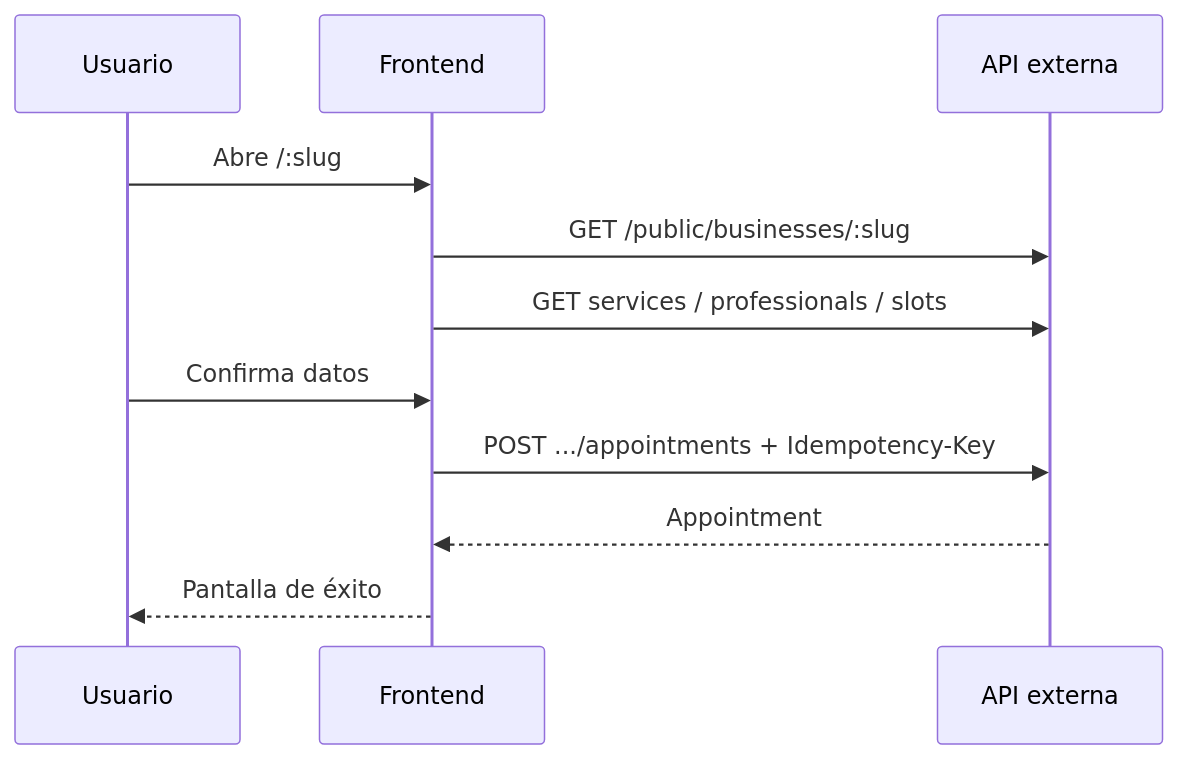
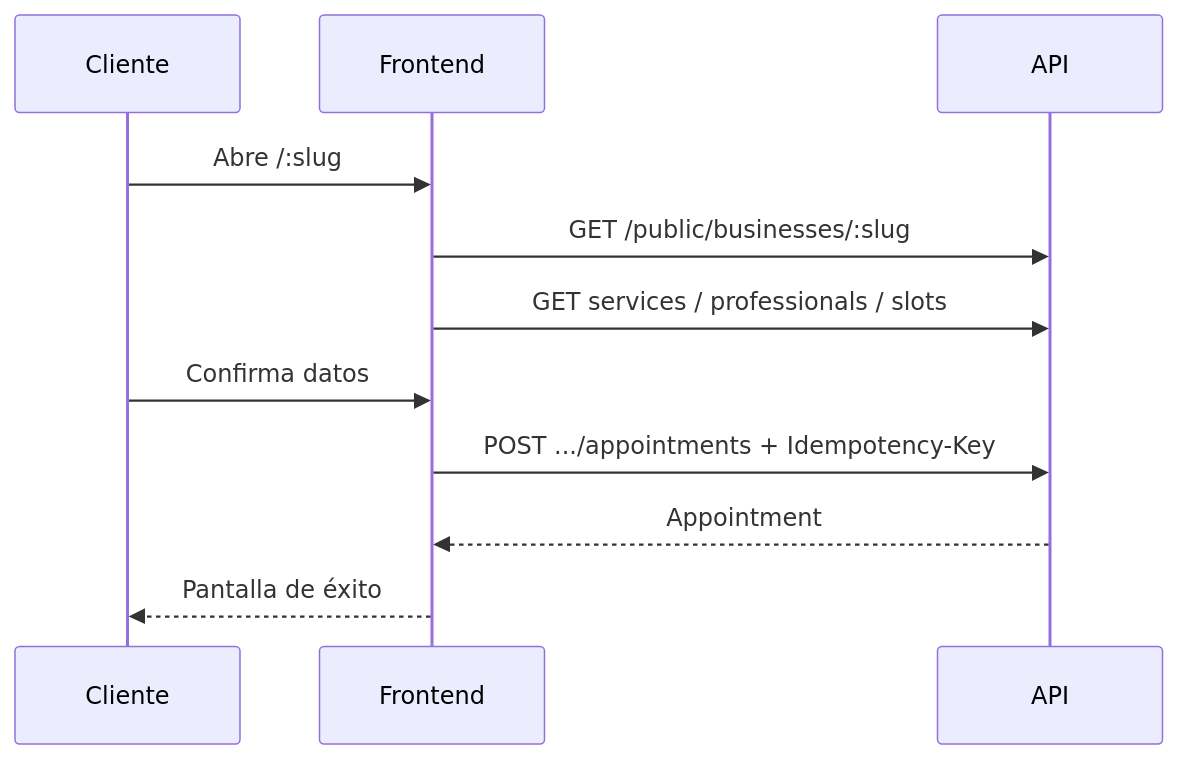
The third of 8 diagrams in docs/sustentacion-turnify.md (Edwardortiz117/Turnify_Frontend), drawn with Mermaid before and after one commit. The commit also changed other lines of this file and 14 other files, not shown here.

````diff
--- a/docs/sustentacion-turnify.md
+++ b/docs/sustentacion-turnify.md
@@ -161,13 +207,13 @@
 ```mermaid
 sequenceDiagram
-  participant U as Usuario
+  participant U as Cliente
   participant F as Frontend
-  participant A as API externa
+  participant A as API
   U->>F: Abre /:slug
   F->>A: GET /public/businesses/:slug
   F->>A: GET services / professionals / slots
   U->>F: Confirma datos
   F->>A: POST .../appointments + Idempotency-Key
   A-->>F: Appointment
   F-->>U: Pantalla de éxito
 ```
````
